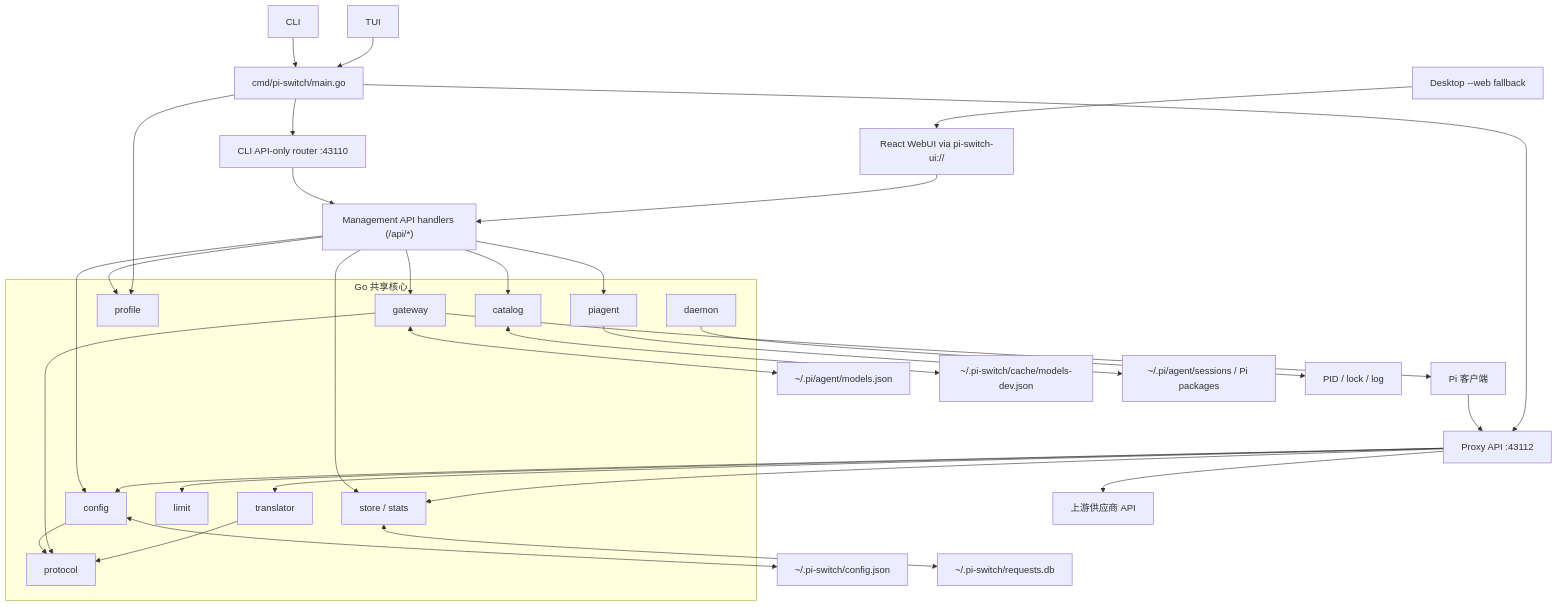
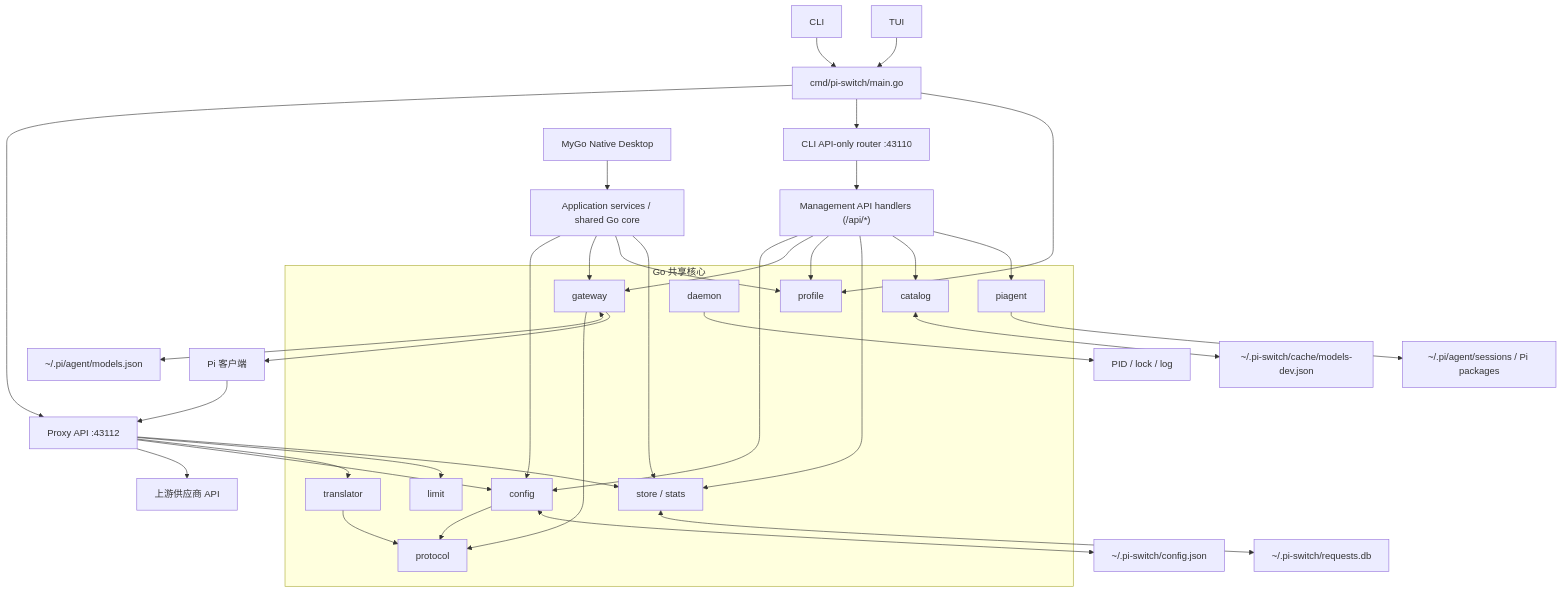
One commit to heihei0299/pi-switch changed the diagram in docs/architecture.md. Above: the diagram before and after it, drawn with Mermaid. The commit also changed other lines of this file and 13 other files, not shown here.

Commit message:
refactor(desktop): remove legacy WebView fallback

````diff
--- a/docs/architecture.md
+++ b/docs/architecture.md
@@ -31,51 +31,54 @@
 ```mermaid
 flowchart TB
     Pi["Pi 客户端"] --> Proxy["Proxy API :43112"]
     CLI["CLI"] --> Main["cmd/pi-switch/main.go"]
     TUI["TUI"] --> Main
     Main --> Proxy
     Main --> MgmtHTTP["CLI API-only router :43110"]
     MgmtHTTP --> Mgmt["Management API handlers (/api/*)"]
-    Desktop["Desktop --web fallback"] --> WebUI["React WebUI via pi-switch-ui://"]
-    WebUI --> Mgmt
+    Desktop["MyGo Native Desktop"] --> App["Application services / shared Go core"]
 
     subgraph GoCore["Go 共享核心"]
         Config["config"]
         Gateway["gateway"]
         Translator["translator"]
         Profile["profile"]
         Protocol["protocol"]
         Limit["limit"]
         Store["store / stats"]
         Catalog["catalog"]
         Daemon["daemon"]
         PiAgent["piagent"]
     end
 
     Mgmt --> Config
     Mgmt --> Gateway
     Mgmt --> Profile
     Mgmt --> Store
     Mgmt --> Catalog
     Mgmt --> PiAgent
     Main --> Profile
+    App --> Config
+    App --> Gateway
+    App --> Profile
+    App --> Store
 
     Config --> Protocol
     Gateway --> Protocol
     Translator --> Protocol
 
     Proxy --> Config
     Proxy --> Translator
     Proxy --> Limit
     Proxy --> Store
     Proxy --> Upstream["上游供应商 API"]
 
     Config <--> ConfigFile["~/.pi-switch/config.json"]
     Gateway <--> ModelsFile["~/.pi/agent/models.json"]
     Catalog <--> CatalogFile["~/.pi-switch/cache/models-dev.json"]
     Store <--> RequestsDB["~/.pi-switch/requests.db"]
     PiAgent --> Sessions["~/.pi/agent/sessions / Pi packages"]
     Daemon --> Runtime["PID / lock / log"]
 
     Gateway --> Pi
 ```
````
